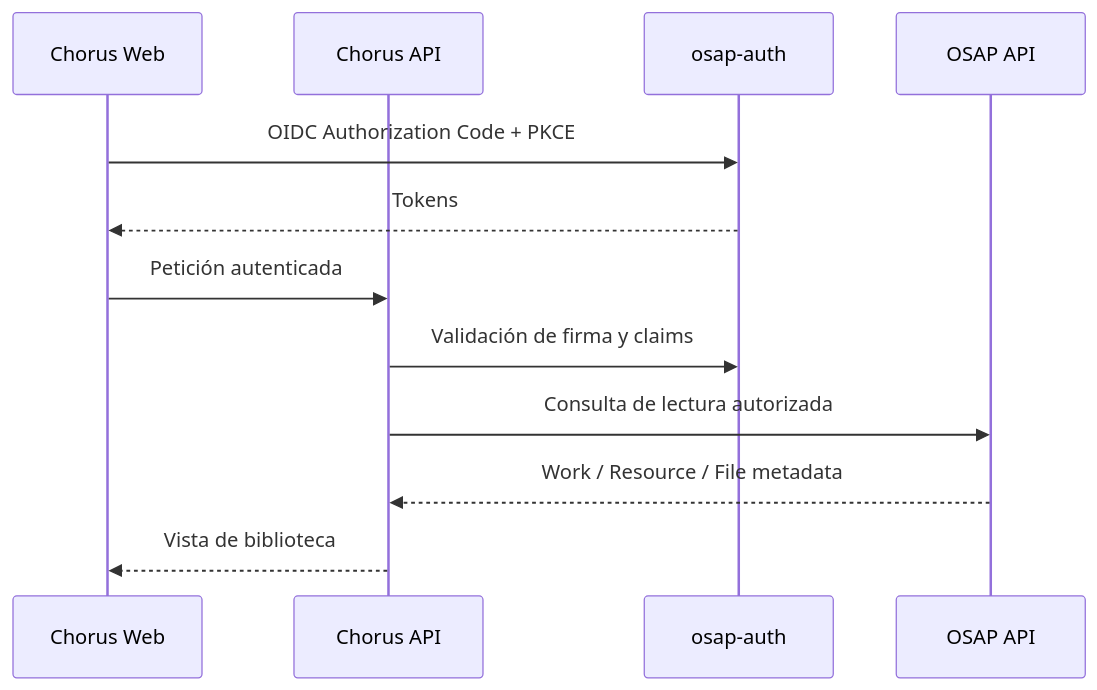
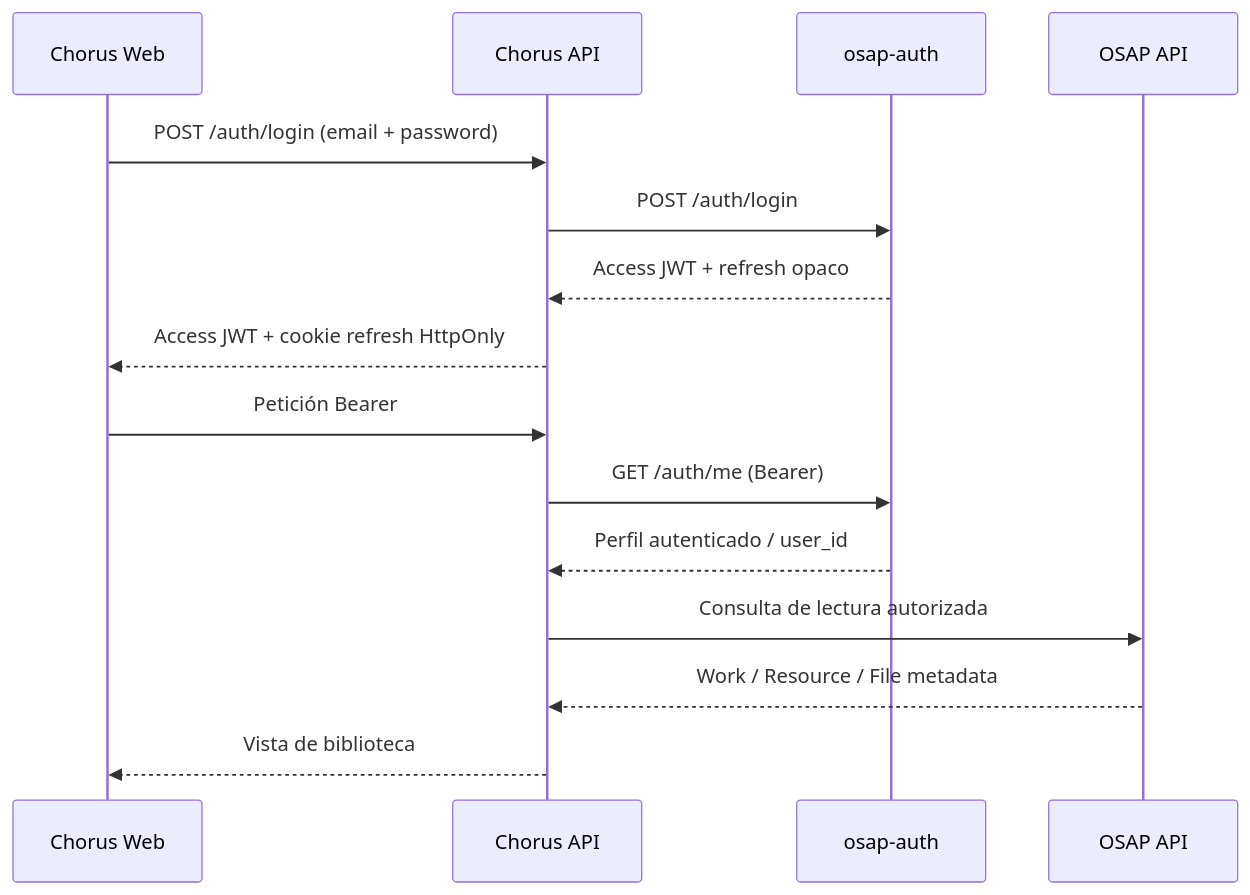
The diagram in docs/integration-contracts.md (recursosformacion/ai_chorus), drawn with Mermaid before and after one commit. The commit also changed other lines of this file and 14 other files, not shown here.

````diff
--- a/docs/integration-contracts.md
+++ b/docs/integration-contracts.md
@@ -43,15 +43,18 @@
 ```mermaid
 sequenceDiagram
     participant Browser as Chorus Web
     participant Chorus as Chorus API
     participant Auth as osap-auth
     participant OSAP as OSAP API
 
-    Browser->>Auth: OIDC Authorization Code + PKCE
-    Auth-->>Browser: Tokens
-    Browser->>Chorus: Petición autenticada
-    Chorus->>Auth: Validación de firma y claims
+    Browser->>Chorus: POST /auth/login (email + password)
+    Chorus->>Auth: POST /auth/login
+    Auth-->>Chorus: Access JWT + refresh opaco
+    Chorus-->>Browser: Access JWT + cookie refresh HttpOnly
+    Browser->>Chorus: Petición Bearer
+    Chorus->>Auth: GET /auth/me (Bearer)
+    Auth-->>Chorus: Perfil autenticado / user_id
     Chorus->>OSAP: Consulta de lectura autorizada
     OSAP-->>Chorus: Work / Resource / File metadata
     Chorus-->>Browser: Vista de biblioteca
 ```
````
